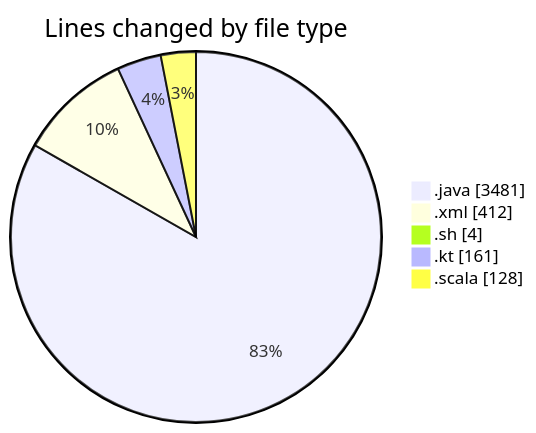
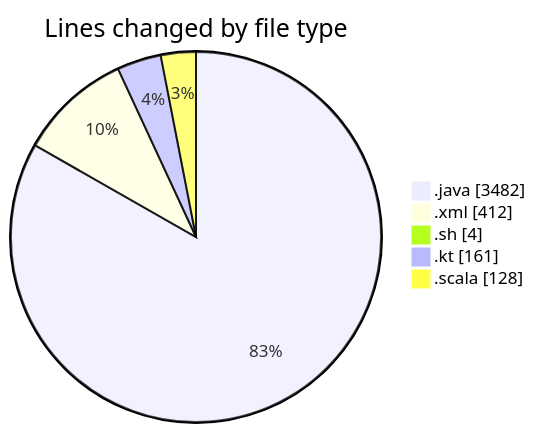
Before and after one commit to charlie-sans/code-tracking: the first of 2 diagrams in 2025-03-09/jmasm/README.md, drawn with Mermaid. The commit also changed other lines of this file and 1 other file, not shown here.

````diff
--- a/2025-03-09/jmasm/README.md
+++ b/2025-03-09/jmasm/README.md
@@ -35,9 +35,9 @@
 ```mermaid
 pie showData
 title Lines changed by file type
-".java" : 3481
+".java" : 3482
 ".xml" : 412
 ".sh" : 4
 ".kt" : 161
 ".scala" : 128
 ```
````
